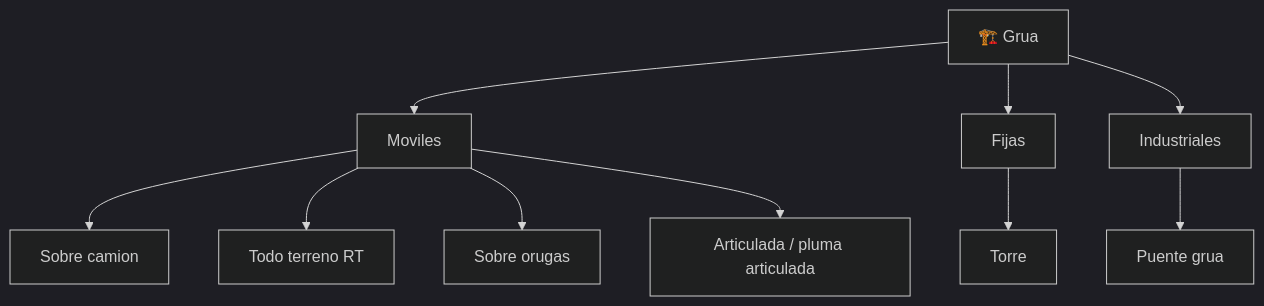
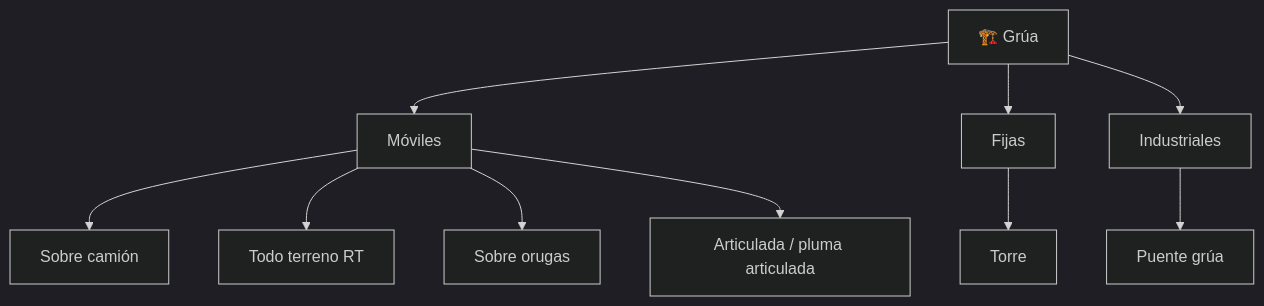
One commit to vladimiracunadev-create/machine-operator-program changed the diagram in vehiculos/gruas/operacion/caracteristicas-grua.md. Above: the diagram before and after it, drawn with Mermaid (dark theme). The commit also changed other lines of this file and 442 other files, not shown here.

````diff
--- a/vehiculos/gruas/operacion/caracteristicas-grua.md
+++ b/vehiculos/gruas/operacion/caracteristicas-grua.md
@@ -35,12 +35,12 @@
 ```mermaid
 flowchart TD
-    Grua[🏗️ Grua] --> Movil[Moviles]
+    Grua[🏗️ Grúa] --> Movil[Móviles]
     Grua --> Fija[Fijas]
     Grua --> Industrial[Industriales]
-    Movil --> Camion[Sobre camion]
+    Movil --> Camion[Sobre camión]
     Movil --> RT[Todo terreno RT]
     Movil --> Orugas[Sobre orugas]
     Movil --> Articulada[Articulada / pluma articulada]
     Fija --> Torre[Torre]
-    Industrial --> Puente[Puente grua]
+    Industrial --> Puente[Puente grúa]
 ```
````
